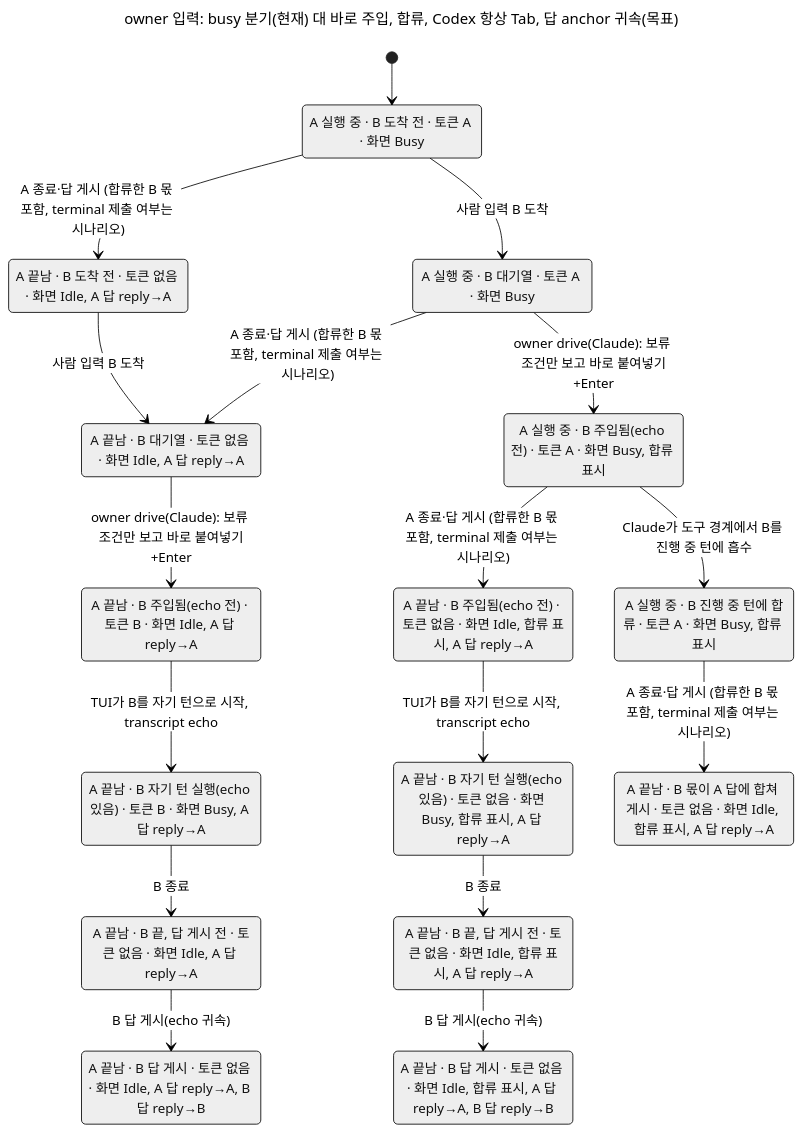
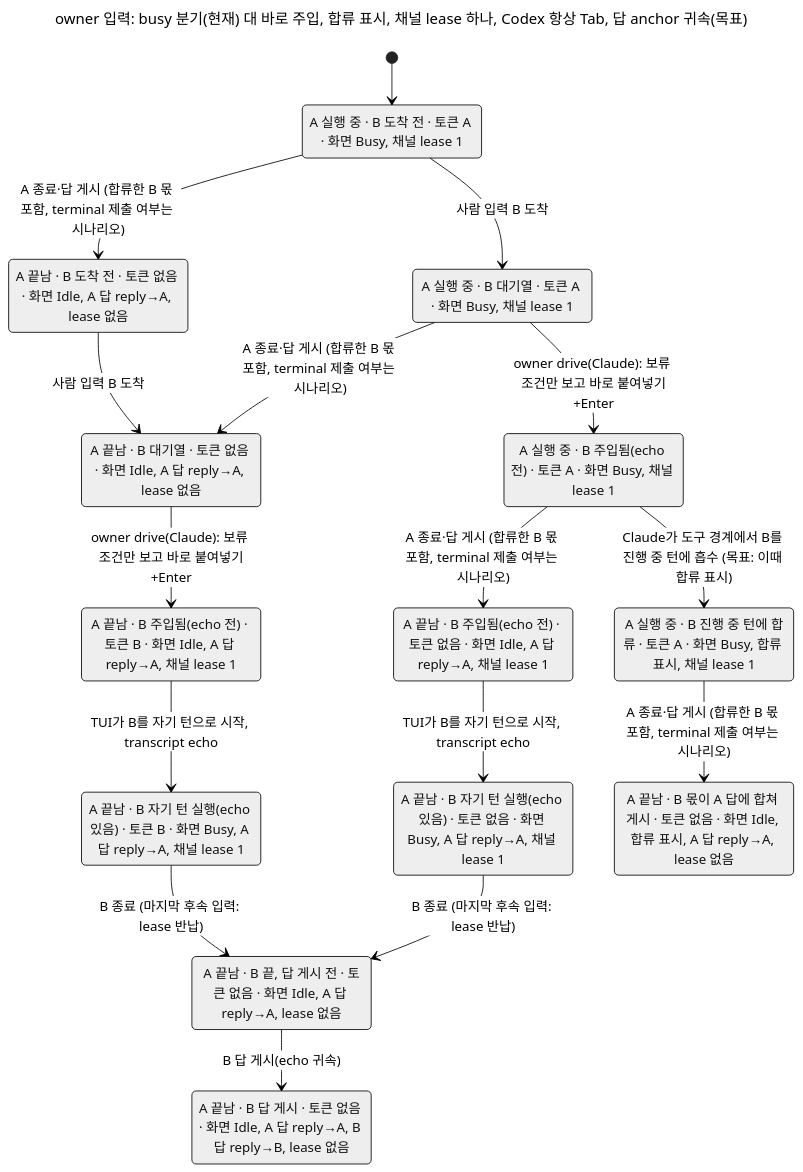
Before and after one commit to itismyfield/AgentDesk: the diagram in docs/statecharts/input-single-path/owner-input-busy-split.target-busy-join.chart.mmd, drawn with Mermaid (neutral theme). The commit also changed 46 other files, not shown here.

```diff
--- a/docs/statecharts/input-single-path/owner-input-busy-split.target-busy-join.chart.mmd
+++ b/docs/statecharts/input-single-path/owner-input-busy-split.target-busy-join.chart.mmd
@@ -1,35 +1,32 @@
 ---
-title: "owner 입력: busy 분기(현재) 대 바로 주입, 합류, Codex 항상 Tab, 답 anchor 귀속(목표)"
+title: "owner 입력: busy 분기(현재) 대 바로 주입, 합류 표시, 채널 lease 하나, Codex 항상 Tab, 답 anchor 귀속(목표)"
 ---
 stateDiagram-v2
-  s0: A 실행 중 #183; B 도착 전 #183; 토큰 A #183; 화면 Busy
-  s1: A 끝남 #183; B 도착 전 #183; 토큰 없음 #183; 화면 Idle, A 답 reply#8594;A
-  s2: A 실행 중 #183; B 대기열 #183; 토큰 A #183; 화면 Busy
-  s3: A 끝남 #183; B 대기열 #183; 토큰 없음 #183; 화면 Idle, A 답 reply#8594;A
-  s4: A 실행 중 #183; B 주입됨(echo 전) #183; 토큰 A #183; 화면 Busy, 합류 표시
-  s5: A 끝남 #183; B 주입됨(echo 전) #183; 토큰 B #183; 화면 Idle, A 답 reply#8594;A
-  s6: A 끝남 #183; B 주입됨(echo 전) #183; 토큰 없음 #183; 화면 Idle, 합류 표시, A 답 reply#8594;A
-  s7: A 실행 중 #183; B 진행 중 턴에 합류 #183; 토큰 A #183; 화면 Busy, 합류 표시
-  s8: A 끝남 #183; B 몫이 A 답에 합쳐 게시 #183; 토큰 없음 #183; 화면 Idle, 합류 표시, A 답 reply#8594;A
-  s9: A 끝남 #183; B 자기 턴 실행(echo 있음) #183; 토큰 B #183; 화면 Busy, A 답 reply#8594;A
-  s10: A 끝남 #183; B 자기 턴 실행(echo 있음) #183; 토큰 없음 #183; 화면 Busy, 합류 표시, A 답 reply#8594;A
-  s11: A 끝남 #183; B 끝, 답 게시 전 #183; 토큰 없음 #183; 화면 Idle, A 답 reply#8594;A
-  s12: A 끝남 #183; B 끝, 답 게시 전 #183; 토큰 없음 #183; 화면 Idle, 합류 표시, A 답 reply#8594;A
-  s13: A 끝남 #183; B 답 게시 #183; 토큰 없음 #183; 화면 Idle, A 답 reply#8594;A, B 답 reply#8594;B
-  s14: A 끝남 #183; B 답 게시 #183; 토큰 없음 #183; 화면 Idle, 합류 표시, A 답 reply#8594;A, B 답 reply#8594;B
+  s0: A 실행 중 #183; B 도착 전 #183; 토큰 A #183; 화면 Busy, 채널 lease 1
+  s1: A 끝남 #183; B 도착 전 #183; 토큰 없음 #183; 화면 Idle, A 답 reply#8594;A, lease 없음
+  s2: A 실행 중 #183; B 대기열 #183; 토큰 A #183; 화면 Busy, 채널 lease 1
+  s3: A 끝남 #183; B 대기열 #183; 토큰 없음 #183; 화면 Idle, A 답 reply#8594;A, lease 없음
+  s4: A 실행 중 #183; B 주입됨(echo 전) #183; 토큰 A #183; 화면 Busy, 채널 lease 1
+  s5: A 끝남 #183; B 주입됨(echo 전) #183; 토큰 B #183; 화면 Idle, A 답 reply#8594;A, 채널 lease 1
+  s6: A 끝남 #183; B 주입됨(echo 전) #183; 토큰 없음 #183; 화면 Idle, A 답 reply#8594;A, 채널 lease 1
+  s7: A 실행 중 #183; B 진행 중 턴에 합류 #183; 토큰 A #183; 화면 Busy, 합류 표시, 채널 lease 1
+  s8: A 끝남 #183; B 몫이 A 답에 합쳐 게시 #183; 토큰 없음 #183; 화면 Idle, 합류 표시, A 답 reply#8594;A, lease 없음
+  s9: A 끝남 #183; B 자기 턴 실행(echo 있음) #183; 토큰 B #183; 화면 Busy, A 답 reply#8594;A, 채널 lease 1
+  s10: A 끝남 #183; B 자기 턴 실행(echo 있음) #183; 토큰 없음 #183; 화면 Busy, A 답 reply#8594;A, 채널 lease 1
+  s11: A 끝남 #183; B 끝, 답 게시 전 #183; 토큰 없음 #183; 화면 Idle, A 답 reply#8594;A, lease 없음
+  s12: A 끝남 #183; B 답 게시 #183; 토큰 없음 #183; 화면 Idle, A 답 reply#8594;A, B 답 reply#8594;B, lease 없음
   [*] --> s0
   s0 --> s1: A 종료#183;답 게시 (합류한 B 몫 포함, terminal 제출 여부는 시나리오)
   s0 --> s2: 사람 입력 B 도착
   s1 --> s3: 사람 입력 B 도착
   s2 --> s3: A 종료#183;답 게시 (합류한 B 몫 포함, terminal 제출 여부는 시나리오)
   s2 --> s4: owner drive(Claude): 보류 조건만 보고 바로 붙여넣기+Enter
   s3 --> s5: owner drive(Claude): 보류 조건만 보고 바로 붙여넣기+Enter
   s4 --> s6: A 종료#183;답 게시 (합류한 B 몫 포함, terminal 제출 여부는 시나리오)
-  s4 --> s7: Claude가 도구 경계에서 B를 진행 중 턴에 흡수
+  s4 --> s7: Claude가 도구 경계에서 B를 진행 중 턴에 흡수 (목표: 이때 합류 표시)
   s5 --> s9: TUI가 B를 자기 턴으로 시작, transcript echo
   s6 --> s10: TUI가 B를 자기 턴으로 시작, transcript echo
   s7 --> s8: A 종료#183;답 게시 (합류한 B 몫 포함, terminal 제출 여부는 시나리오)
-  s9 --> s11: B 종료
-  s10 --> s12: B 종료
-  s11 --> s13: B 답 게시(echo 귀속)
-  s12 --> s14: B 답 게시(echo 귀속)
+  s9 --> s11: B 종료 (마지막 후속 입력: lease 반납)
+  s10 --> s11: B 종료 (마지막 후속 입력: lease 반납)
+  s11 --> s12: B 답 게시(echo 귀속)
```
